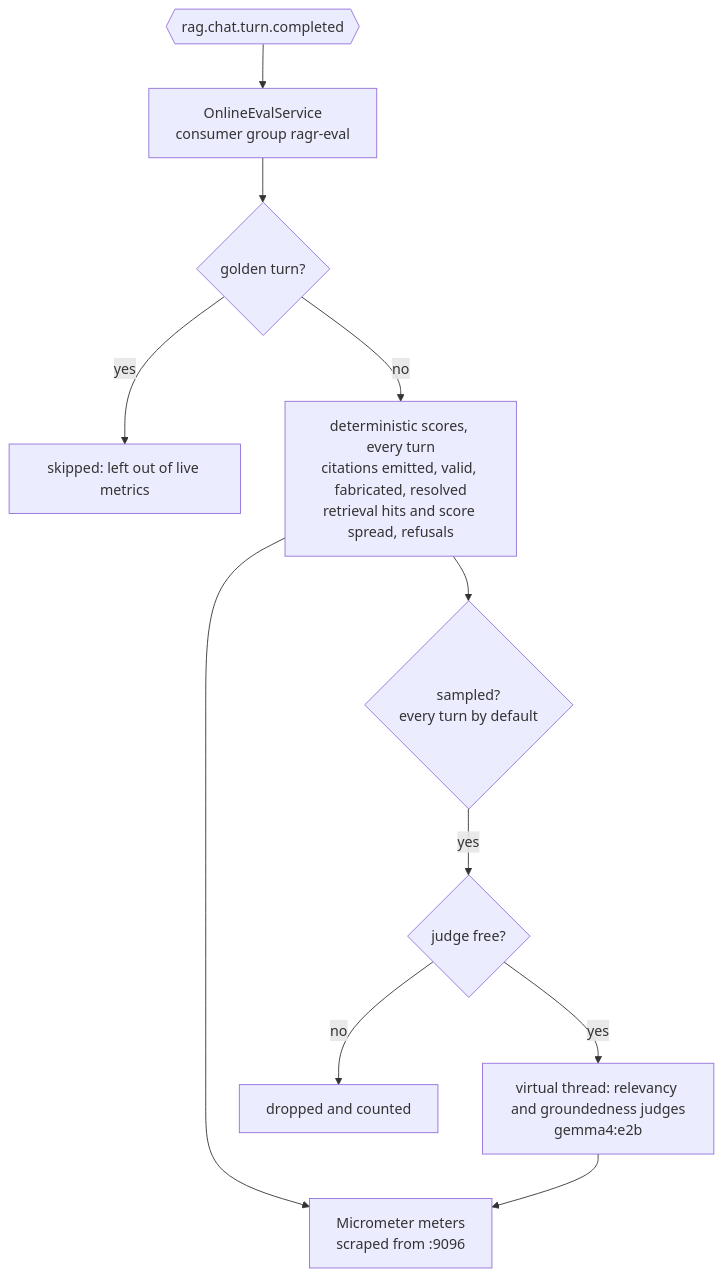
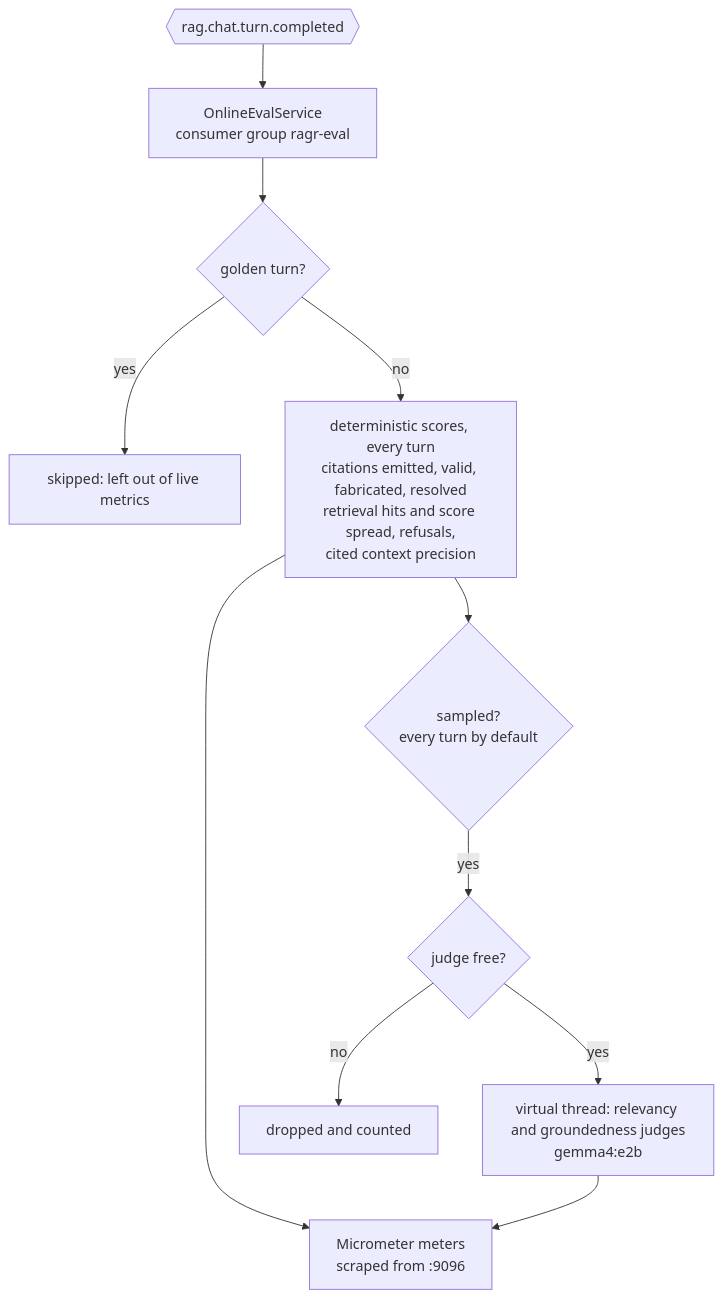
Before and after one commit to subhanmishra/spring-ai: the first of 2 diagrams in ragr-eval/README.md, drawn with Mermaid. The commit also changed other lines of this file and 4 other files, not shown here.

First line of the commit message:
Record cited context precision on live traffic

````diff
--- a/ragr-eval/README.md
+++ b/ragr-eval/README.md
@@ -22,13 +23,13 @@
 ```mermaid
 flowchart TD
     k{{rag.chat.turn.completed}} --> l[OnlineEvalService<br/>consumer group ragr-eval]
     l --> g{golden turn?}
     g -- yes --> skip[skipped: left out of live metrics]
-    g -- no --> det[deterministic scores, every turn<br/>citations emitted, valid, fabricated, resolved<br/>retrieval hits and score spread, refusals]
+    g -- no --> det[deterministic scores, every turn<br/>citations emitted, valid, fabricated, resolved<br/>retrieval hits and score spread, refusals,<br/>cited context precision]
     det --> m[Micrometer meters<br/>scraped from :9096]
     det --> s{sampled?<br/>every turn by default}
     s -- yes --> free{judge free?}
     free -- yes --> j[virtual thread: relevancy and groundedness judges<br/>gemma4:e2b]
     free -- no --> drop[dropped and counted]
     j --> m
 ```
````
